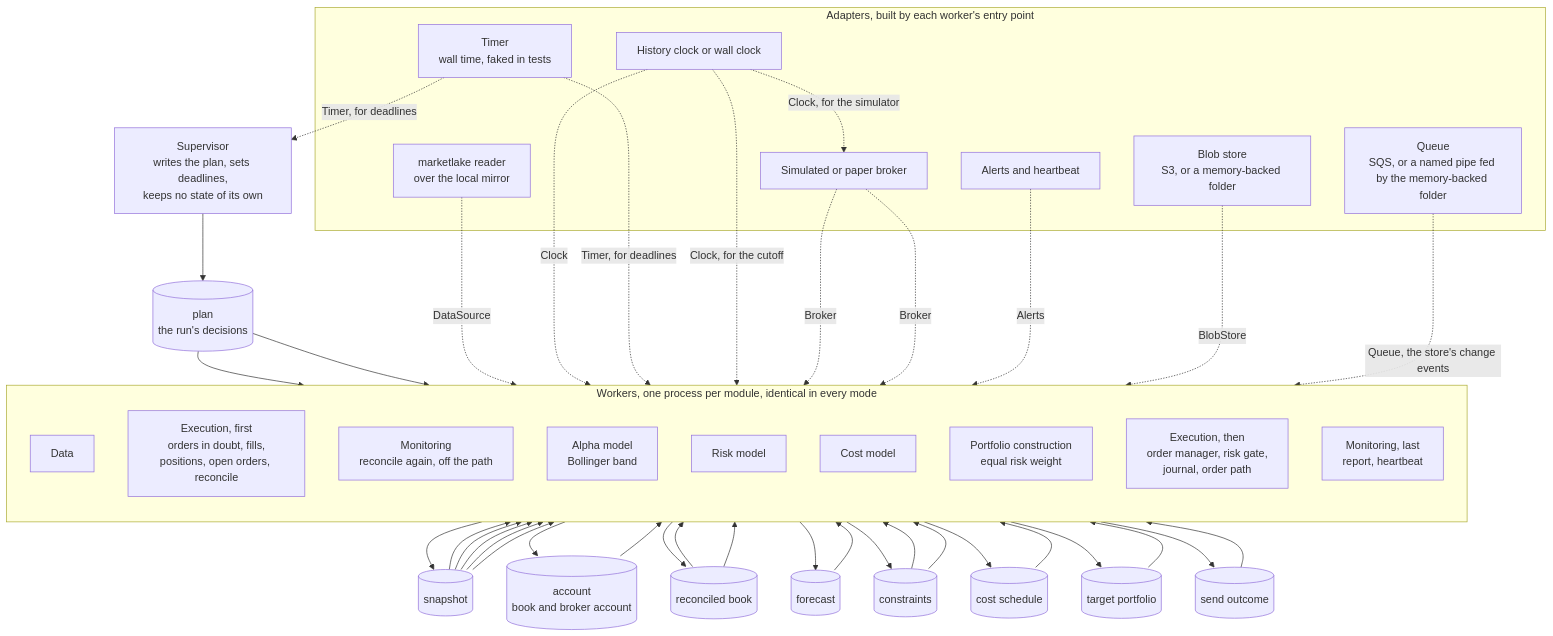
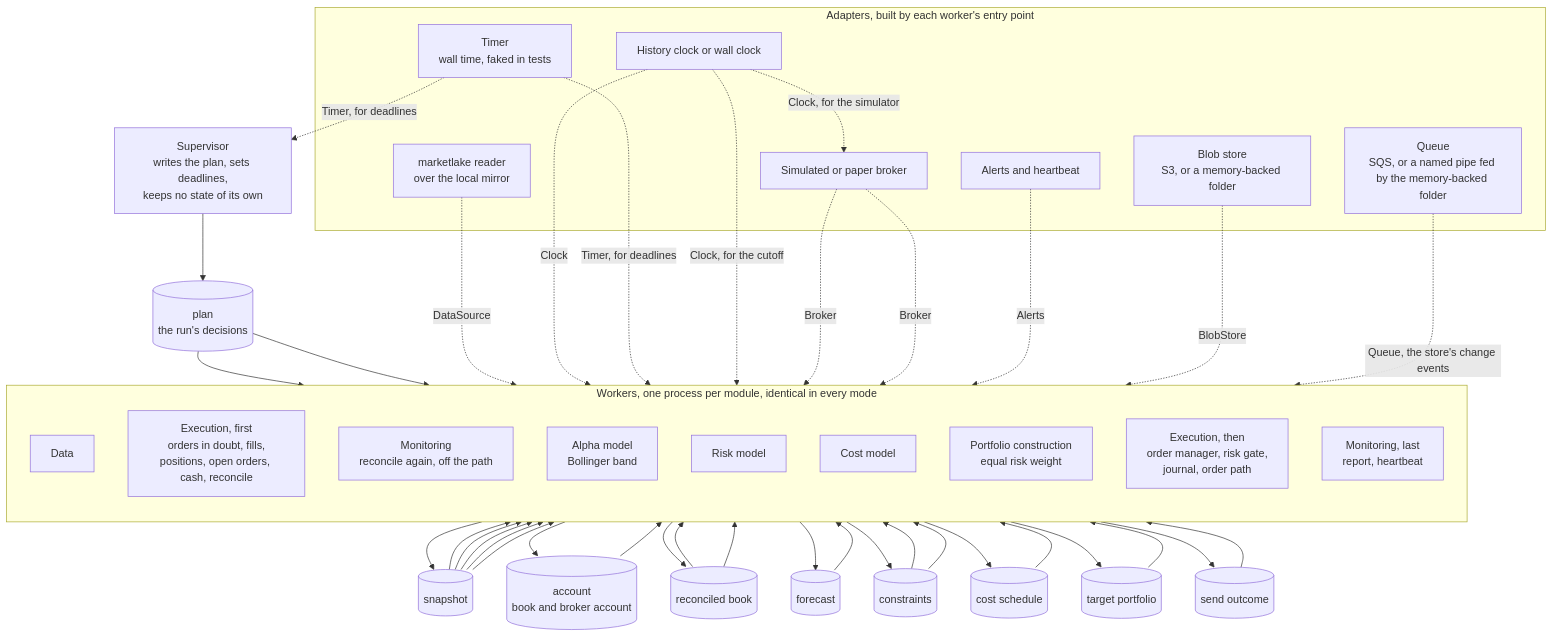
The ninth of 33 diagrams in docs/architecture.md (l3a0/ithildin-runtime), drawn with Mermaid before and after one commit. The commit also changed other lines of this file and 2 other files, not shown here.

````diff
--- a/docs/architecture.md
+++ b/docs/architecture.md
@@ -487,69 +489,69 @@
 ```mermaid
 flowchart TB
     sup["Supervisor<br/>writes the plan, sets deadlines,<br/>keeps no state of its own"]
     plan[("plan<br/>the run's decisions")]
     sup --> plan
 
     subgraph workers["Workers, one process per module, identical in every mode"]
         direction TB
         data["Data"]
-        exec_recover["Execution, first<br/>orders in doubt, fills,<br/>positions, open orders, reconcile"]
+        exec_recover["Execution, first<br/>orders in doubt, fills,<br/>positions, open orders, cash, reconcile"]
         mon_recon["Monitoring<br/>reconcile again, off the path"]
         alpha["Alpha model<br/>Bollinger band"]
         risk["Risk model"]
         cost["Cost model"]
         pc["Portfolio construction<br/>equal risk weight"]
         exec_send["Execution, then<br/>order manager, risk gate,<br/>journal, order path"]
         mon_report["Monitoring, last<br/>report, heartbeat"]
     end
 
     snap[("snapshot")]
     acct[("account<br/>book and broker account")]
     book[("reconciled book")]
     fc[("forecast")]
     cons[("constraints")]
     sched[("cost schedule")]
     target[("target portfolio")]
     outcome[("send outcome")]
 
     plan --> data
     plan --> exec_recover
     snap --> exec_recover
     data --> snap
     exec_recover --> acct --> mon_recon
     exec_recover --> book
     snap --> alpha --> fc
     snap --> risk
     book --> risk --> cons
     snap --> cost --> sched
     fc --> pc
     cons --> pc
     sched --> pc
     book --> pc --> target
     target --> exec_send
     cons --> exec_send
     snap --> exec_send
     exec_send --> outcome --> mon_report
 
     subgraph adapters["Adapters, built by each worker's entry point"]
         lakesrc["marketlake reader<br/>over the local mirror"]
         clock["History clock or wall clock"]
         timer["Timer<br/>wall time, faked in tests"]
         broker["Simulated or paper broker"]
         store["Blob store<br/>S3, or a memory-backed folder"]
         alertsink["Alerts and heartbeat"]
         queue["Queue<br/>SQS, or a named pipe fed by the memory-backed folder"]
     end
 
     lakesrc -. "DataSource" .-> data
     clock -. "Clock" .-> data
     timer -. "Timer, for deadlines" .-> sup
     timer -. "Timer, for deadlines" .-> mon_report
     clock -. "Clock, for the cutoff" .-> exec_send
     clock -. "Clock, for the simulator" .-> broker
     broker -. "Broker" .-> exec_recover
     broker -. "Broker" .-> exec_send
     store -. "BlobStore" .-> workers
     alertsink -. "Alerts" .-> mon_report
         queue -. "Queue, the store's change events" .-> workers
 ```
````
